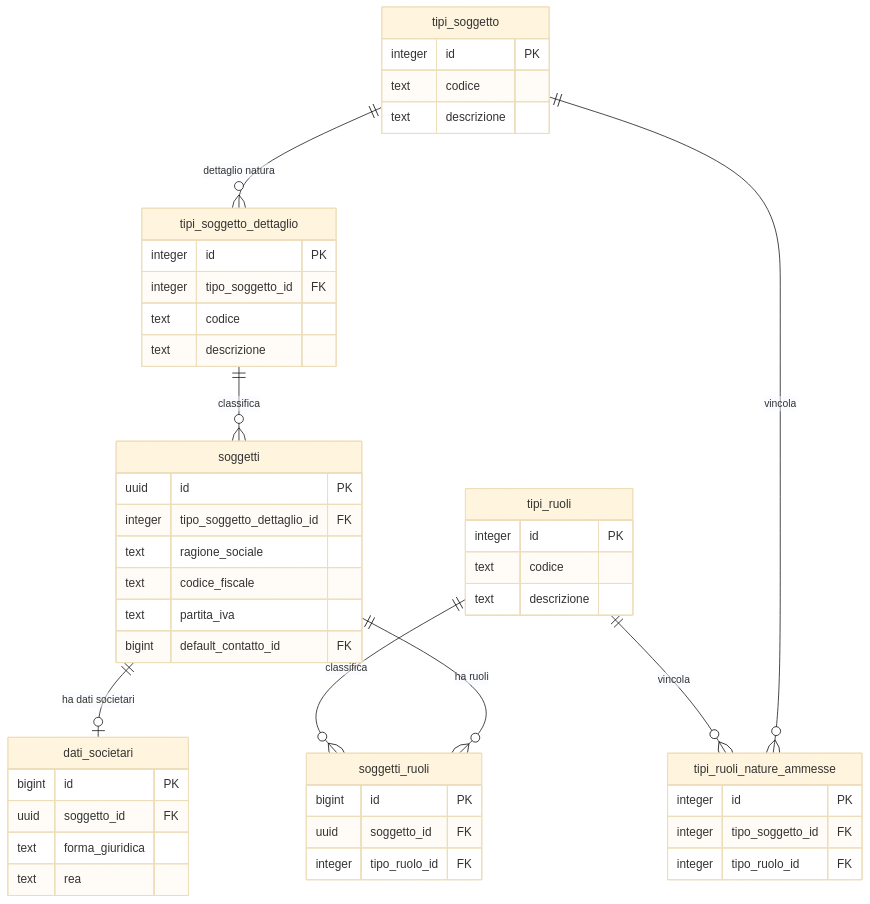
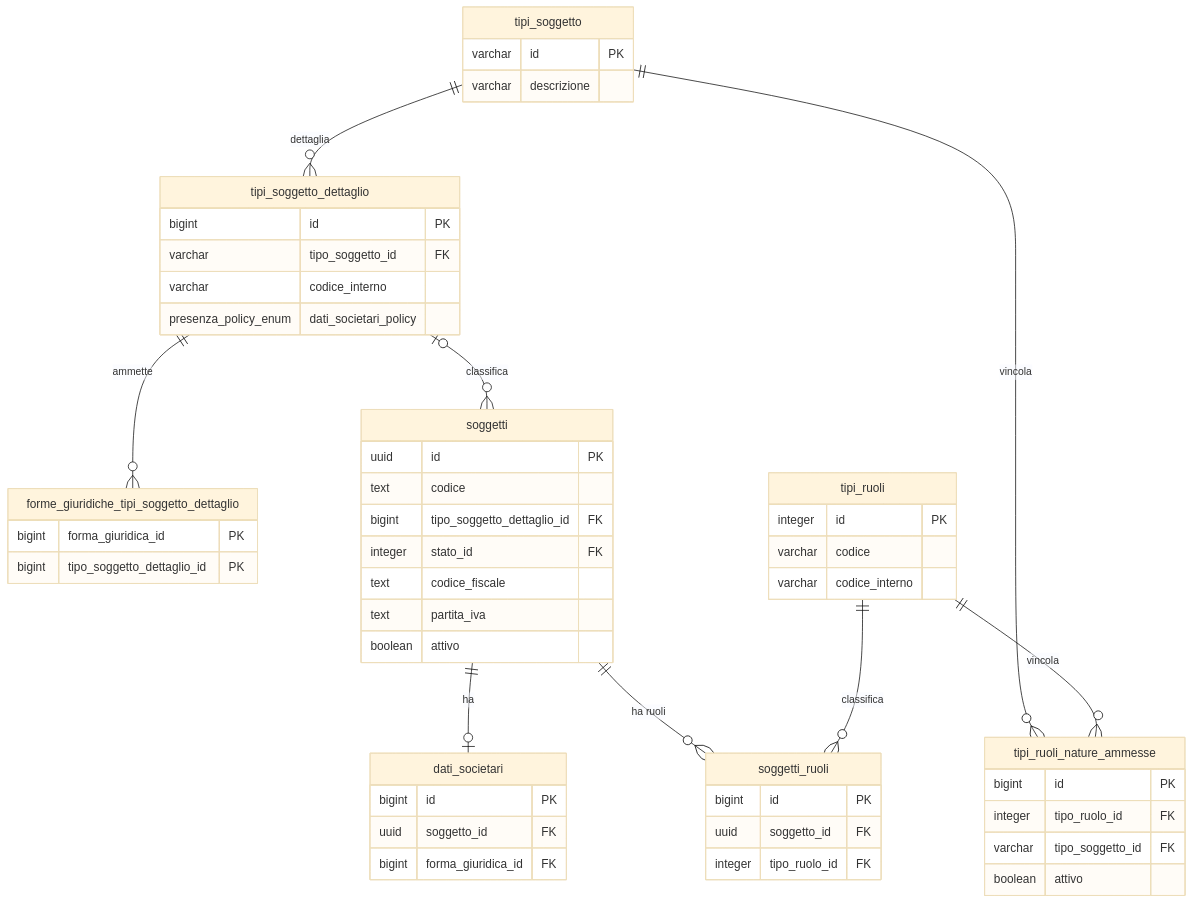
One commit to Tito-it/ZeroErp changed the first of 2 diagrams in docs/it/guide/soggetti-e-ruoli-anagrafici.md. Above: the diagram before and after it, drawn with Mermaid (base theme). The commit also changed other lines of this file and 81 other files, not shown here.

````diff
--- a/docs/it/guide/soggetti-e-ruoli-anagrafici.md
+++ b/docs/it/guide/soggetti-e-ruoli-anagrafici.md
@@ -449,58 +533,63 @@
 ```mermaid
 erDiagram
     tipi_soggetto {
-        integer id PK
-        text codice
-        text descrizione
+        varchar id PK
+        varchar descrizione
     }
 
     tipi_soggetto_dettaglio {
-        integer id PK
-        integer tipo_soggetto_id FK
-        text codice
-        text descrizione
+        bigint id PK
+        varchar tipo_soggetto_id FK
+        varchar codice_interno
+        presenza_policy_enum dati_societari_policy
+    }
+
+    forme_giuridiche_tipi_soggetto_dettaglio {
+        bigint forma_giuridica_id PK
+        bigint tipo_soggetto_dettaglio_id PK
     }
 
     soggetti {
         uuid id PK
-        integer tipo_soggetto_dettaglio_id FK
-        text ragione_sociale
+        text codice
+        bigint tipo_soggetto_dettaglio_id FK
+        integer stato_id FK
         text codice_fiscale
         text partita_iva
-        bigint default_contatto_id FK
+        boolean attivo
     }
 
     dati_societari {
         bigint id PK
         uuid soggetto_id FK
-        text forma_giuridica
-        text rea
+        bigint forma_giuridica_id FK
     }
 
     tipi_ruoli {
         integer id PK
-        text codice
-        text descrizione
+        varchar codice
+        varchar codice_interno
     }
 
     tipi_ruoli_nature_ammesse {
-        integer id PK
-        integer tipo_soggetto_id FK
+        bigint id PK
         integer tipo_ruolo_id FK
+        varchar tipo_soggetto_id FK
+        boolean attivo
     }
 
     soggetti_ruoli {
         bigint id PK
         uuid soggetto_id FK
         integer tipo_ruolo_id FK
     }
 
-    tipi_soggetto ||--o{ tipi_soggetto_dettaglio : "dettaglio natura"
-    tipi_soggetto_dettaglio ||--o{ soggetti : "classifica"
+    tipi_soggetto ||--o{ tipi_soggetto_dettaglio : "dettaglia"
+    tipi_soggetto_dettaglio ||--o{ forme_giuridiche_tipi_soggetto_dettaglio : "ammette"
+    tipi_soggetto_dettaglio |o--o{ soggetti : "classifica"
     tipi_soggetto ||--o{ tipi_ruoli_nature_ammesse : "vincola"
     tipi_ruoli ||--o{ tipi_ruoli_nature_ammesse : "vincola"
-
+    soggetti ||--o| dati_societari : "ha"
     soggetti ||--o{ soggetti_ruoli : "ha ruoli"
-    soggetti ||--o| dati_societari : "ha dati societari"
     tipi_ruoli ||--o{ soggetti_ruoli : "classifica"
 ```
````
